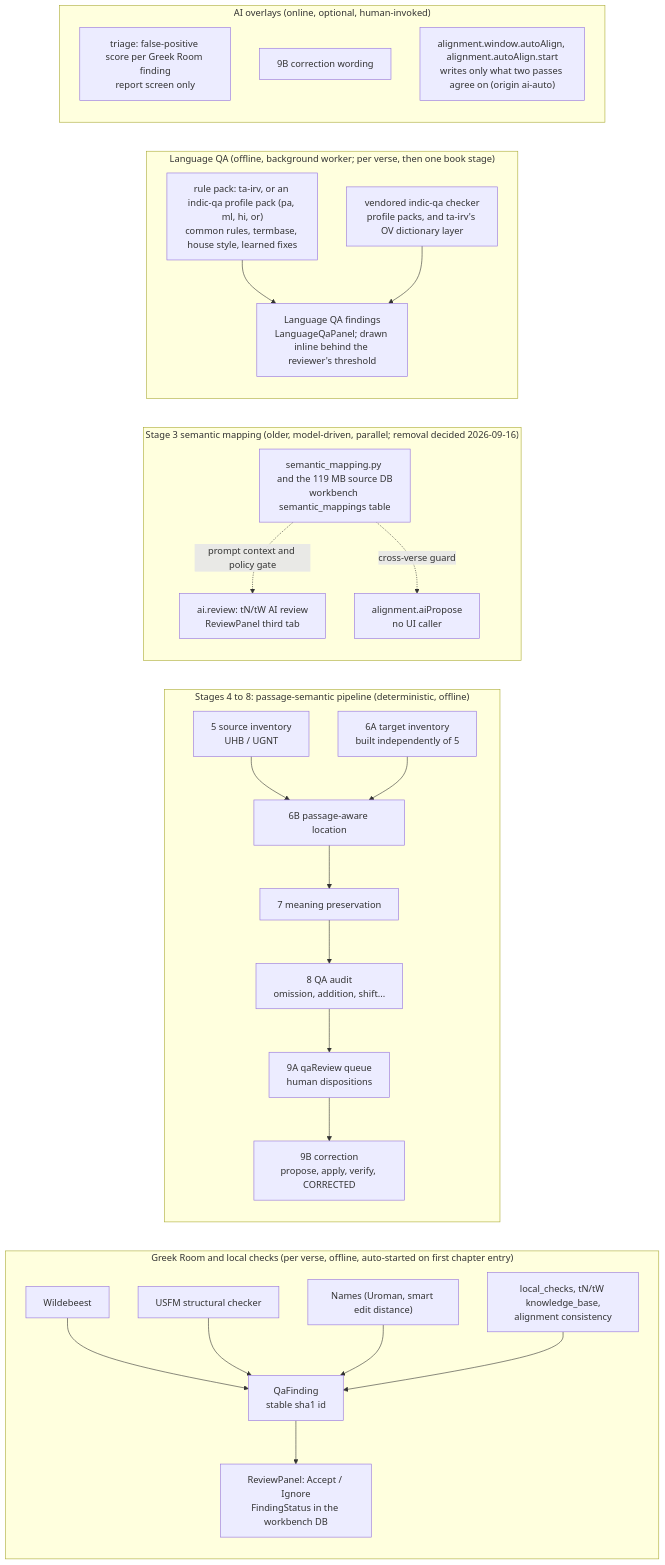
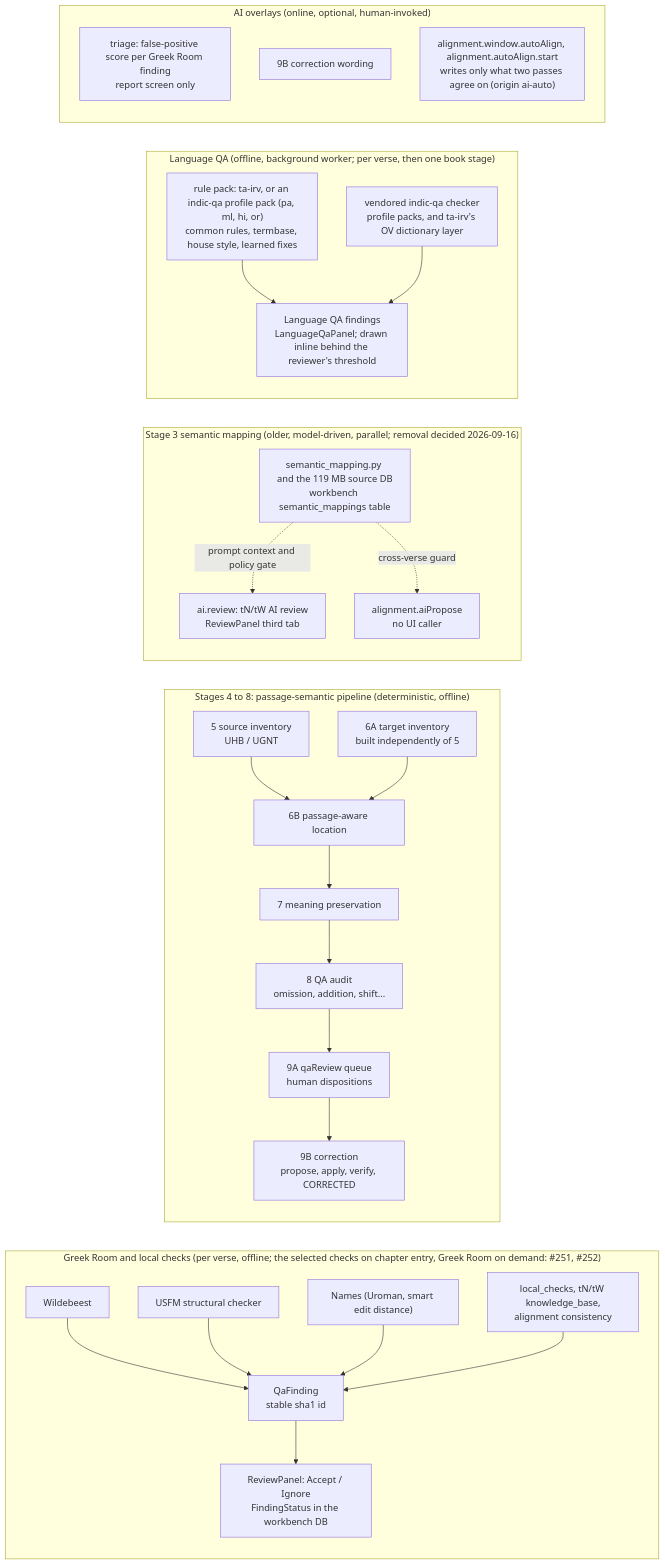
The third of 4 diagrams in docs/ARCHITECTURE.md (Bridgeconn/bridge), drawn with Mermaid before and after one commit. The commit also changed 32 other files, not shown here.

First line of the commit message:
checks: elective check boxes and Greek Room on demand (#251, #252)

````diff
--- a/docs/ARCHITECTURE.md
+++ b/docs/ARCHITECTURE.md
@@ -206,32 +206,32 @@
 ```mermaid
 flowchart LR
-  subgraph GRq["Greek Room and local checks (per verse, offline, auto-started on first chapter entry)"]
+  subgraph GRq["Greek Room and local checks (per verse, offline; the selected checks on chapter entry, Greek Room on demand: #251, #252)"]
     W["Wildebeest"] --> F
     U["USFM structural checker"] --> F
     N["Names (Uroman, smart edit distance)"] --> F
     L["local_checks, tN/tW knowledge_base,<br/>alignment consistency"] --> F
     F["QaFinding<br/>stable sha1 id"] --> RP["ReviewPanel: Accept / Ignore<br/>FindingStatus in the workbench DB"]
   end
   subgraph S58["Stages 4 to 8: passage-semantic pipeline (deterministic, offline)"]
     S5["5 source inventory<br/>UHB / UGNT"] --> S6B
     S6A["6A target inventory<br/>built independently of 5"] --> S6B
     S6B["6B passage-aware location"] --> S7["7 meaning preservation"] --> S8["8 QA audit<br/>omission, addition, shift..."]
     S8 --> S9A["9A qaReview queue<br/>human dispositions"] --> S9B["9B correction<br/>propose, apply, verify, CORRECTED"]
   end
   subgraph S3["Stage 3 semantic mapping (older, model-driven, parallel; removal decided 2026-09-16)"]
     S3m["semantic_mapping.py and the 119 MB source DB<br/>workbench semantic_mappings table"]
     S3m -. "prompt context and policy gate" .-> AIR
     S3m -. "cross-verse guard" .-> AAP["alignment.aiPropose<br/>no UI caller"]
   end
   subgraph LQ["Language QA (offline, background worker; per verse, then one book stage)"]
     LQr["rule pack: ta-irv, or an indic-qa profile pack (pa, ml, hi, or)<br/>common rules, termbase, house style, learned fixes"] --> LQf
     LQi["vendored indic-qa checker<br/>profile packs, and ta-irv's OV dictionary layer"] --> LQf
     LQf["Language QA findings<br/>LanguageQaPanel; drawn inline behind the reviewer's threshold"]
   end
   subgraph Overlay["AI overlays (online, optional, human-invoked)"]
     TR["triage: false-positive score per Greek Room finding<br/>report screen only"]
     AIR["ai.review: tN/tW AI review<br/>ReviewPanel third tab"]
     CP["9B correction wording"]
     AA["alignment.window.autoAlign, alignment.autoAlign.start<br/>writes only what two passes agree on (origin ai-auto)"]
   end
 ```
````
